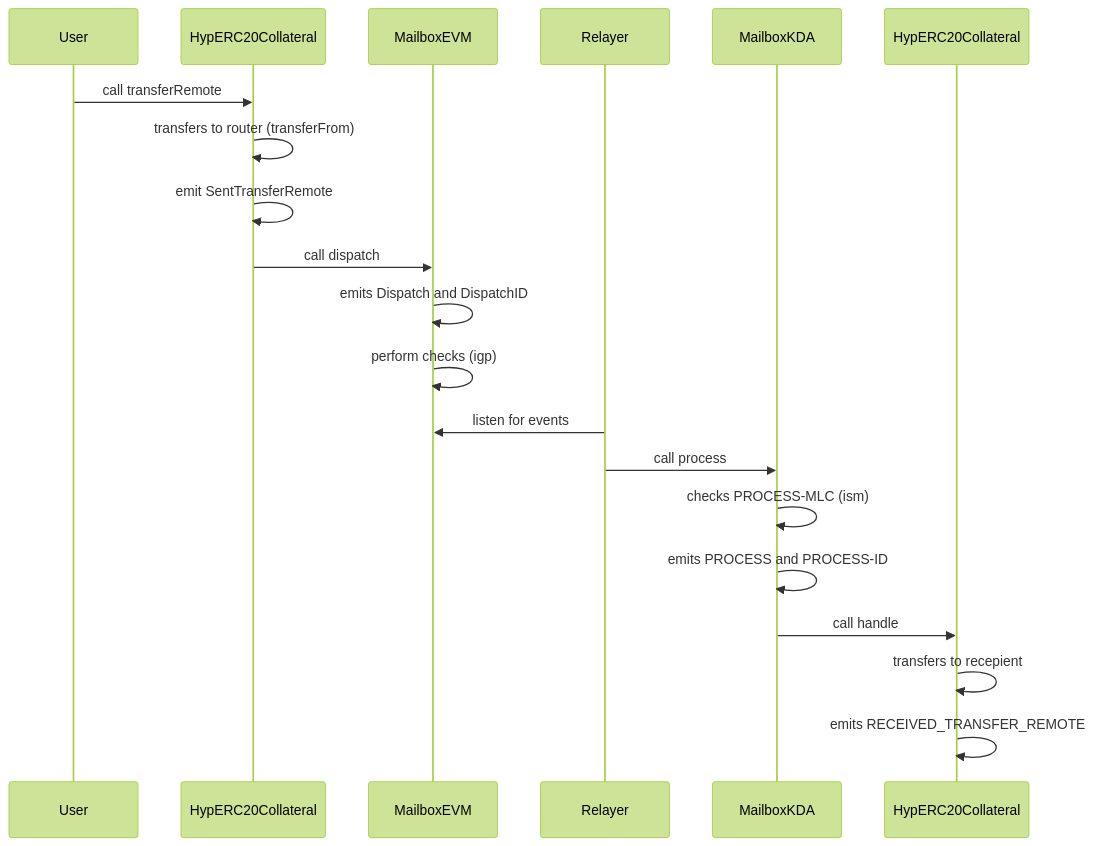
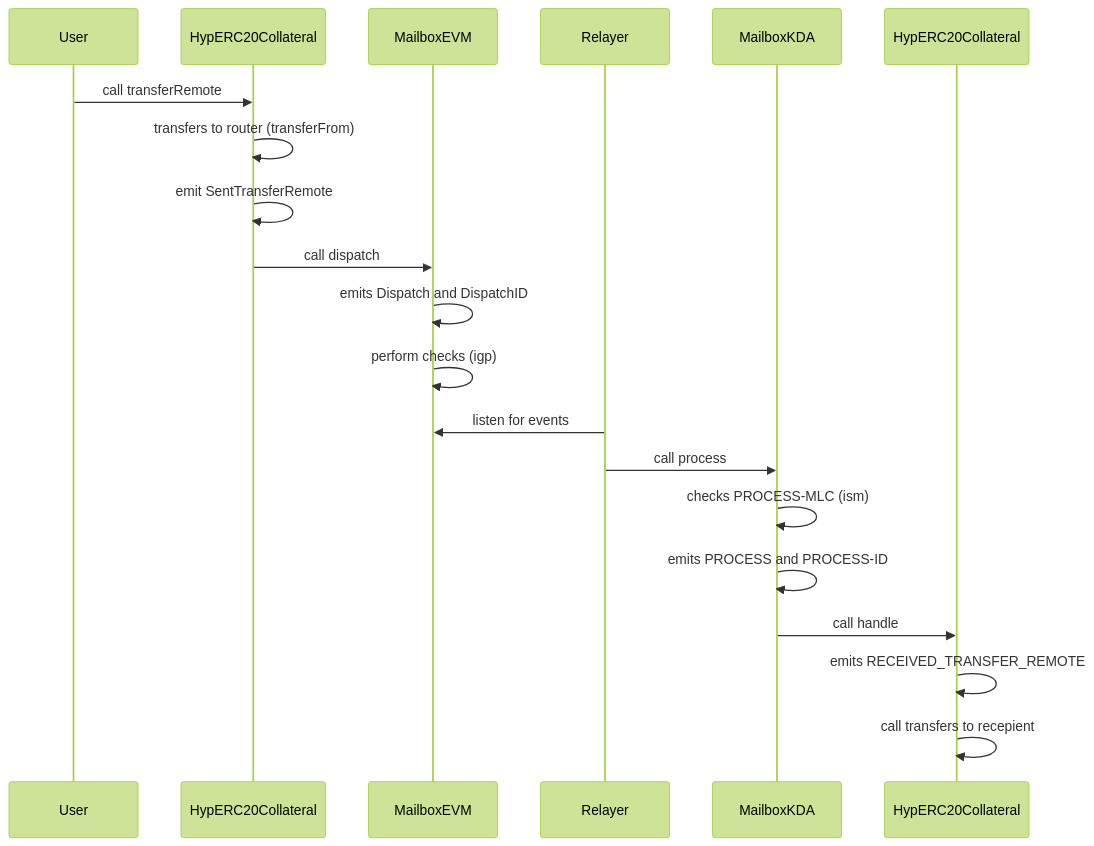
The fourth of 8 diagrams in docs/bridge-flow.md (RastkoDev/smart-contracts), drawn with Mermaid (forest theme) before and after one commit. The commit also changed other lines of this file, not shown here.

````diff
--- a/docs/bridge-flow.md
+++ b/docs/bridge-flow.md
@@ -93,27 +93,28 @@
 ```mermaid
 sequenceDiagram
     participant User
     participant HypERC20ETH as HypERC20Collateral
     participant MailboxETH as MailboxEVM
     participant Relayer
     participant MailboxKDA as MailboxKDA
     participant HypERC20KDA as HypERC20Collateral
 
     User->>HypERC20ETH: call transferRemote
     HypERC20ETH->>HypERC20ETH: transfers to router (transferFrom)
 
     HypERC20ETH->>HypERC20ETH: emit SentTransferRemote
     HypERC20ETH->>MailboxETH: call dispatch
     MailboxETH->>MailboxETH: emits Dispatch and DispatchID
     MailboxETH->>MailboxETH: perform checks (igp)
     Relayer->>MailboxETH: listen for events
     Relayer->>MailboxKDA: call process
 
     MailboxKDA->>MailboxKDA: checks PROCESS-MLC (ism)
     MailboxKDA->>MailboxKDA: emits PROCESS and PROCESS-ID 
 
     MailboxKDA->>HypERC20KDA: call handle
 
-    HypERC20KDA->>HypERC20KDA: transfers to recepient
     HypERC20KDA->>HypERC20KDA: emits RECEIVED_TRANSFER_REMOTE
+
+    HypERC20KDA->>HypERC20KDA: call transfers to recepient
 ```
````
